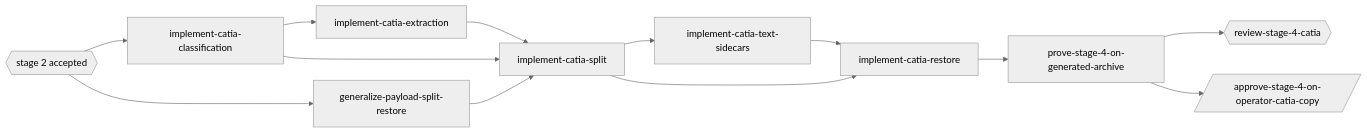
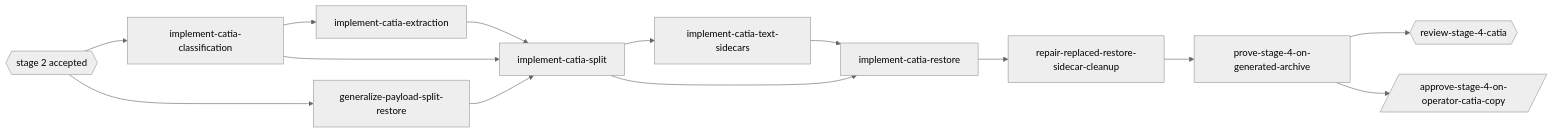
Before and after one commit to volod/arxiv-go: the diagram in docs/openspec/stage-4-catia/README.md, drawn with Mermaid (neutral theme). The commit also changed 30 other files, not shown here.

````diff
--- a/docs/openspec/stage-4-catia/README.md
+++ b/docs/openspec/stage-4-catia/README.md
@@ -30,15 +30,16 @@
 ```mermaid
 flowchart LR
     S2{{stage 2 accepted}} --> CLS[implement-catia-classification]
     S2 --> GEN[generalize-payload-split-restore]
     CLS --> EXT[implement-catia-extraction]
     CLS --> SPL[implement-catia-split]
     GEN --> SPL
     EXT --> SPL
     SPL --> TXT[implement-catia-text-sidecars]
     SPL --> RST[implement-catia-restore]
     TXT --> RST
-    RST --> PROOF[prove-stage-4-on-generated-archive]
+    RST --> REP[repair-replaced-restore-sidecar-cleanup]
+    REP --> PROOF[prove-stage-4-on-generated-archive]
     PROOF --> CP{{review-stage-4-catia}}
     PROOF --> OP[/approve-stage-4-on-operator-catia-copy/]
 ```
````
